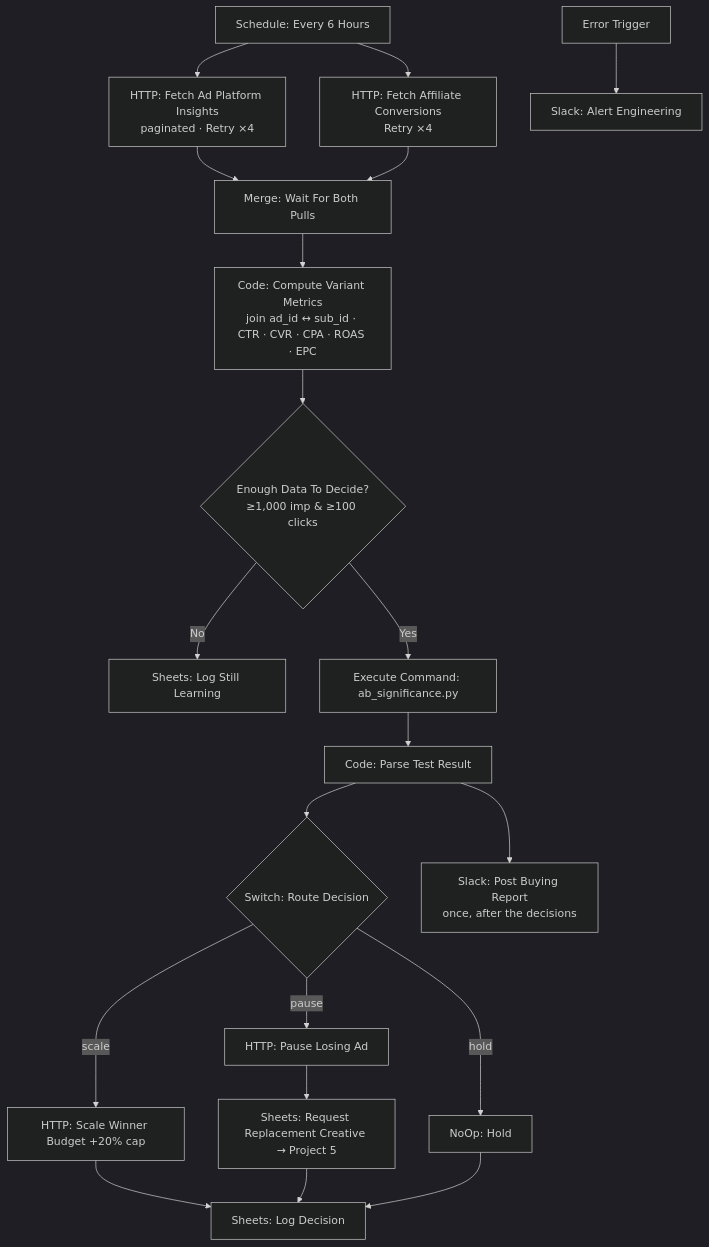
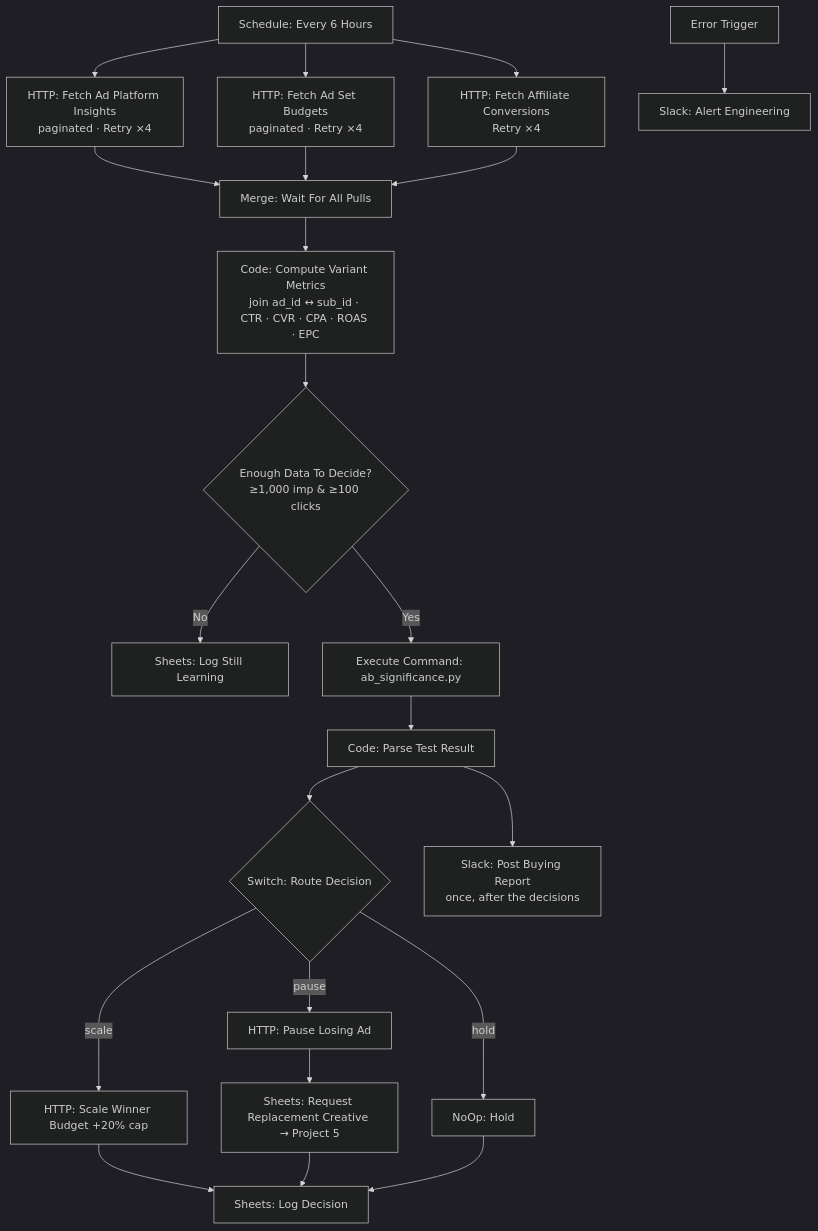
One commit to wicitradyaksa/automation-portfolio changed the diagram in project-6-dco-engine/README.md. Above: the diagram before and after it, drawn with Mermaid (dark theme). The commit also changed other lines of this file and 33 other files, not shown here.

````diff
--- a/project-6-dco-engine/README.md
+++ b/project-6-dco-engine/README.md
@@ -33,22 +33,24 @@
 ```mermaid
 graph TD
     A[Schedule: Every 6 Hours] --> B[HTTP: Fetch Ad Platform Insights<br/>paginated · Retry ×4]
+    A --> S[HTTP: Fetch Ad Set Budgets<br/>paginated · Retry ×4]
     A --> C[HTTP: Fetch Affiliate Conversions<br/>Retry ×4]
-    B --> D[Merge: Wait For Both Pulls]
+    B --> D[Merge: Wait For All Pulls]
+    S --> D
     C --> D
     D --> E[Code: Compute Variant Metrics<br/>join ad_id ↔ sub_id · CTR · CVR · CPA · ROAS · EPC]
     E --> F{Enough Data To Decide?<br/>≥1,000 imp & ≥100 clicks}
     F -- No --> G[Sheets: Log Still Learning]
     F -- Yes --> H[Execute Command: ab_significance.py]
     H --> I[Code: Parse Test Result]
     I --> J{Switch: Route Decision}
     J -- scale --> K[HTTP: Scale Winner Budget +20% cap]
     J -- pause --> L[HTTP: Pause Losing Ad]
     L --> M[Sheets: Request Replacement Creative → Project 5]
     J -- hold --> N[NoOp: Hold]
     K --> O[Sheets: Log Decision]
     M --> O
     N --> O
     I --> P[Slack: Post Buying Report<br/>once, after the decisions]
     X[Error Trigger] --> Y[Slack: Alert Engineering]
 ```
````
